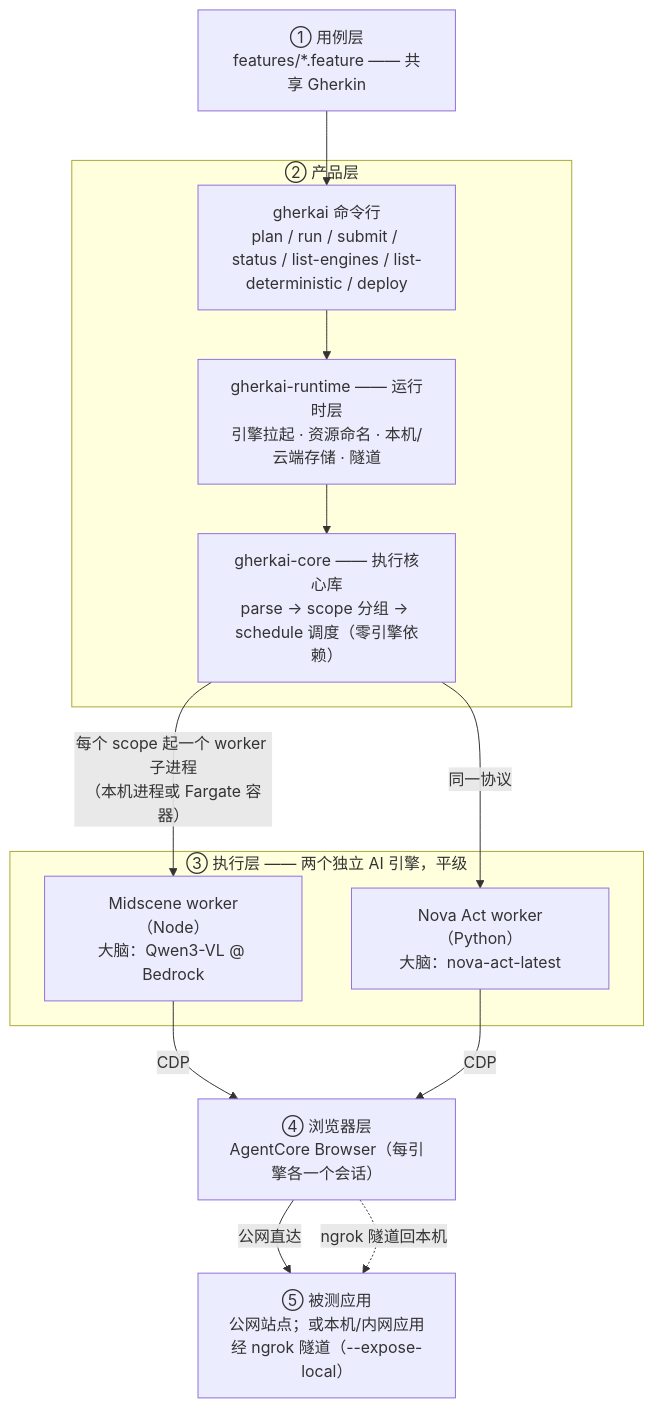
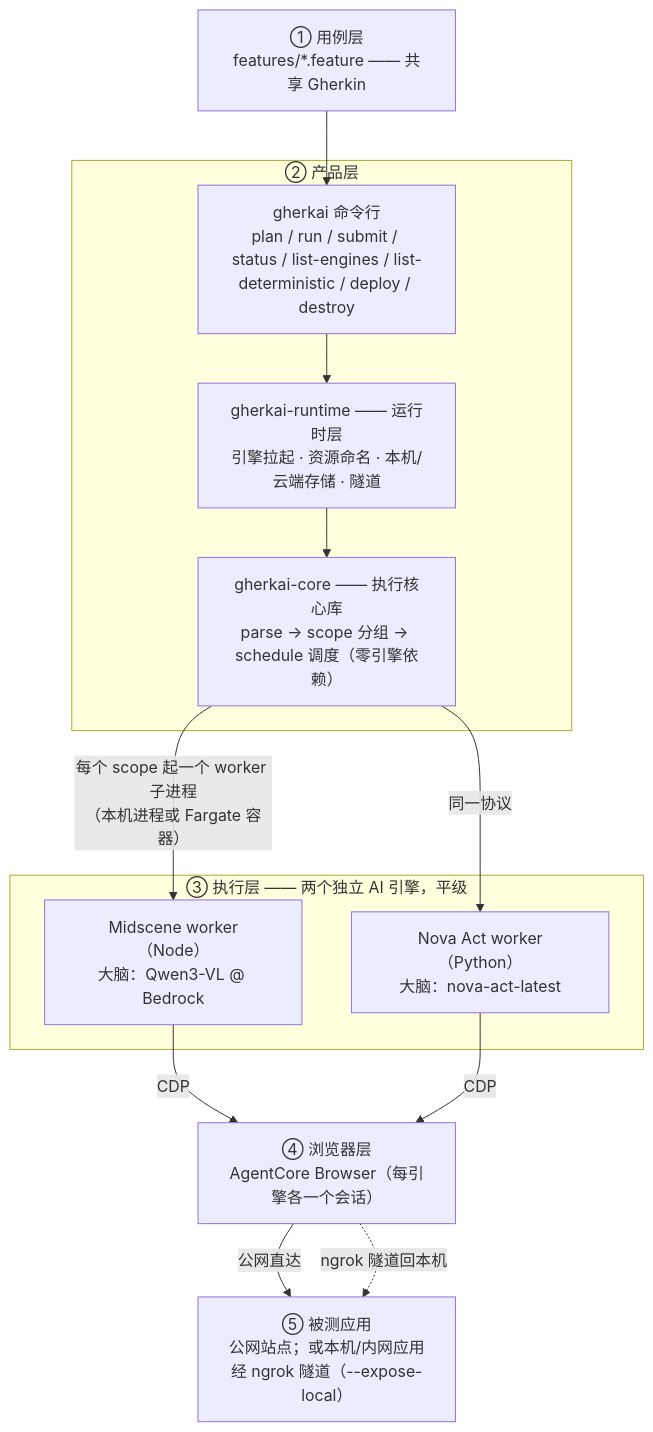
The diagram in README.md (zhiyanliu/gherkai), drawn with Mermaid before and after one commit. The commit also changed other lines of this file and 43 other files, not shown here.

````diff
--- a/README.md
+++ b/README.md
@@ -21,27 +21,27 @@
 ```mermaid
 flowchart TD
     F["① 用例层<br/>features/*.feature —— 共享 Gherkin"]
 
     subgraph L2["② 产品层"]
-        CLI["gherkai 命令行<br/>plan / run / submit / status / list-engines / list-deterministic / deploy"]
+        CLI["gherkai 命令行<br/>plan / run / submit / status / list-engines / list-deterministic / deploy / destroy"]
         G["gherkai-runtime —— 运行时层<br/>引擎拉起 · 资源命名 · 本机/云端存储 · 隧道"]
         C["gherkai-core —— 执行核心库<br/>parse → scope 分组 → schedule 调度（零引擎依赖）"]
         CLI --> G --> C
     end
 
     subgraph L3["③ 执行层 —— 两个独立 AI 引擎，平级"]
         M["Midscene worker（Node）<br/>大脑：Qwen3-VL @ Bedrock"]
         N["Nova Act worker（Python）<br/>大脑：nova-act-latest"]
     end
 
     B["④ 浏览器层<br/>AgentCore Browser（每引擎各一个会话）"]
     APP["⑤ 被测应用<br/>公网站点；或本机/内网应用经 ngrok 隧道（--expose-local）"]
 
     F --> CLI
     C -- "每个 scope 起一个 worker 子进程<br/>（本机进程或 Fargate 容器）" --> M
     C -- " 同一协议 " --> N
     M -- CDP --> B
     N -- CDP --> B
     B -- " 公网直达 " --> APP
     B -. "ngrok 隧道回本机" .-> APP
 ```
````
